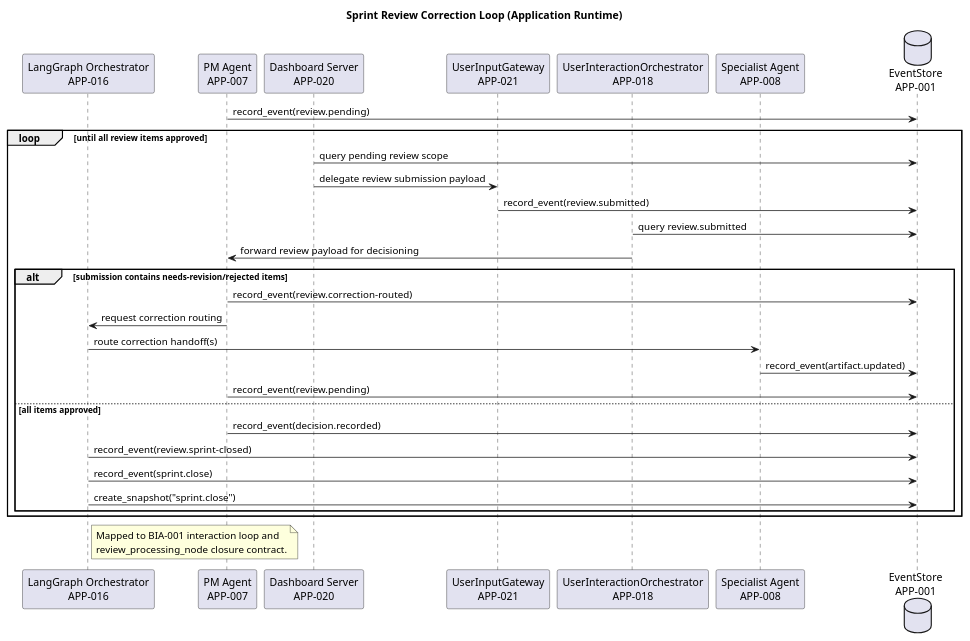
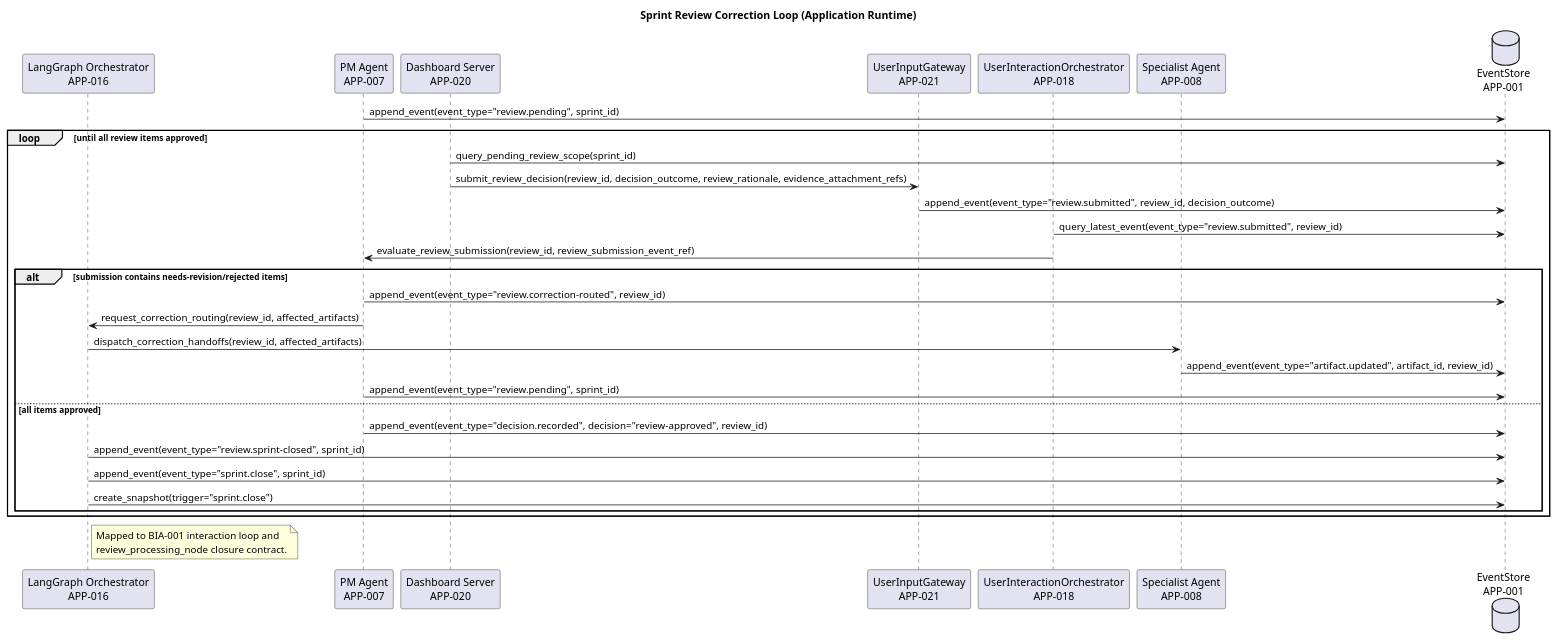
The diagram in engagements/ENG-001/work-repositories/architecture-repository/diagram-catalog/diagrams/runtime-sequence-sprint-review-correction-loop-v1.puml (mbauer83/sdlc-multi-agent-system), drawn with PlantUML before and after one commit. The commit also changed 38 other files, not shown here.

```diff
--- a/engagements/ENG-001/work-repositories/architecture-repository/diagram-catalog/diagrams/runtime-sequence-sprint-review-correction-loop-v1.puml
+++ b/engagements/ENG-001/work-repositories/architecture-repository/diagram-catalog/diagrams/runtime-sequence-sprint-review-correction-loop-v1.puml
@@ -28,39 +28,39 @@
 @startuml runtime-sequence-sprint-review-correction-loop-v1
 title Sprint Review Correction Loop (Application Runtime)
 
 participant "LangGraph Orchestrator\nAPP-016" as APP_016
 participant "PM Agent\nAPP-007" as APP_007
 participant "Dashboard Server\nAPP-020" as APP_020
 participant "UserInputGateway\nAPP-021" as APP_021
 participant "UserInteractionOrchestrator\nAPP-018" as APP_018
 participant "Specialist Agent\nAPP-008" as APP_008
 database "EventStore\nAPP-001" as APP_001
 
-APP_007 -> APP_001: record_event(review.pending)
+APP_007 -> APP_001: append_event(event_type="review.pending", sprint_id)
 
 loop until all review items approved
-  APP_020 -> APP_001: query pending review scope
-  APP_020 -> APP_021: delegate review submission payload
-  APP_021 -> APP_001: record_event(review.submitted)
-  APP_018 -> APP_001: query review.submitted
-  APP_018 -> APP_007: forward review payload for decisioning
+  APP_020 -> APP_001: query_pending_review_scope(sprint_id)
+  APP_020 -> APP_021: submit_review_decision(review_id, decision_outcome, review_rationale, evidence_attachment_refs)
+  APP_021 -> APP_001: append_event(event_type="review.submitted", review_id, decision_outcome)
+  APP_018 -> APP_001: query_latest_event(event_type="review.submitted", review_id)
+  APP_018 -> APP_007: evaluate_review_submission(review_id, review_submission_event_ref)
 
   alt submission contains needs-revision/rejected items
-    APP_007 -> APP_001: record_event(review.correction-routed)
-    APP_007 -> APP_016: request correction routing
-    APP_016 -> APP_008: route correction handoff(s)
-    APP_008 -> APP_001: record_event(artifact.updated)
-    APP_007 -> APP_001: record_event(review.pending)
+    APP_007 -> APP_001: append_event(event_type="review.correction-routed", review_id)
+    APP_007 -> APP_016: request_correction_routing(review_id, affected_artifacts)
+    APP_016 -> APP_008: dispatch_correction_handoffs(review_id, affected_artifacts)
+    APP_008 -> APP_001: append_event(event_type="artifact.updated", artifact_id, review_id)
+    APP_007 -> APP_001: append_event(event_type="review.pending", sprint_id)
   else all items approved
-    APP_007 -> APP_001: record_event(decision.recorded)
-    APP_016 -> APP_001: record_event(review.sprint-closed)
-    APP_016 -> APP_001: record_event(sprint.close)
-    APP_016 -> APP_001: create_snapshot("sprint.close")
+    APP_007 -> APP_001: append_event(event_type="decision.recorded", decision="review-approved", review_id)
+    APP_016 -> APP_001: append_event(event_type="review.sprint-closed", sprint_id)
+    APP_016 -> APP_001: append_event(event_type="sprint.close", sprint_id)
+    APP_016 -> APP_001: create_snapshot(trigger="sprint.close")
   end
 end
 
 note right of APP_016
 Mapped to BIA-001 interaction loop and
 review_processing_node closure contract.
 end note
 @enduml
```
